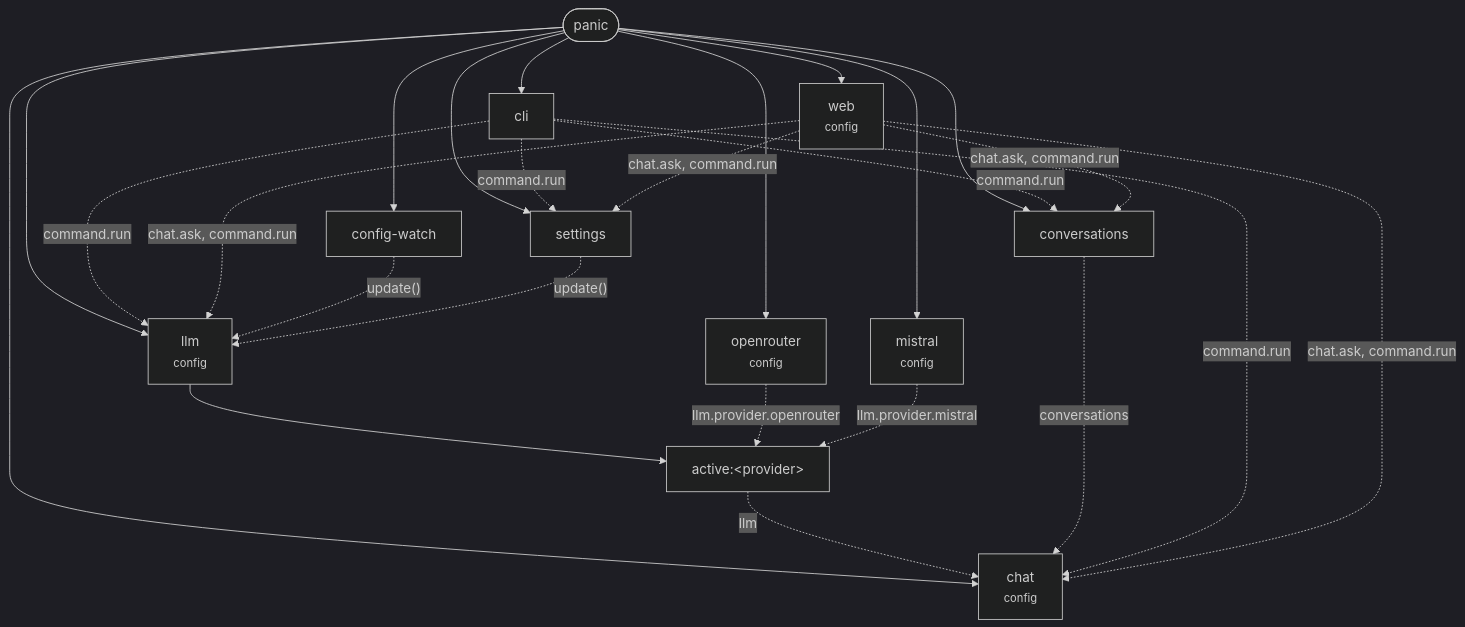
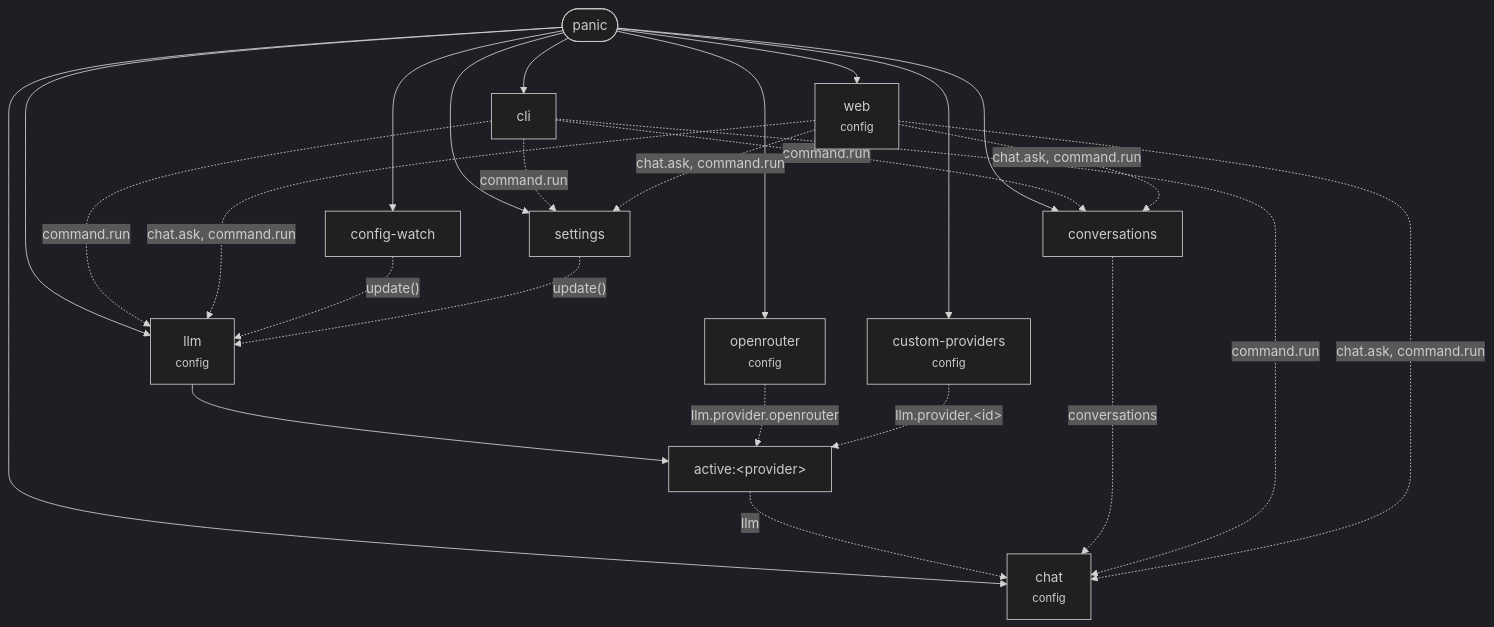
The diagram in README.md (iimvh/panic), drawn with Mermaid (dark theme) before and after one commit. The commit also changed other lines of this file and 14 other files, not shown here.

First line of the commit message:
feat(llm): declare OpenAI-compatible providers in config, replacing the Mistral class

````diff
--- a/README.md
+++ b/README.md
@@ -214,24 +215,24 @@
 ```mermaid
 flowchart TD
   root(["panic"])
   or["openrouter<br/><small>config</small>"]
-  mi["mistral<br/><small>config</small>"]
+  mi["custom-providers<br/><small>config</small>"]
   llm["llm<br/><small>config</small>"]
   settings["settings"]
   active["active:&lt;provider&gt;"]
   conv["conversations"]
   chat["chat<br/><small>config</small>"]
   watch["config-watch"]
   cli["cli"]
   web["web<br/><small>config</small>"]
   root --> or & mi & llm & conv & chat & settings & web & watch & cli
   llm --> active
   or -. "llm.provider.openrouter" .-> active
-  mi -. "llm.provider.mistral" .-> active
+  mi -. "llm.provider.&lt;id&gt;" .-> active
   active -. "llm" .-> chat
   conv -. "conversations" .-> chat
   cli -. "command.run" .-> chat & llm & conv & settings
   web -. "chat.ask, command.run" .-> chat & llm & conv & settings
   watch -. "update()" .-> llm
   settings -. "update()" .-> llm
 ```
````
